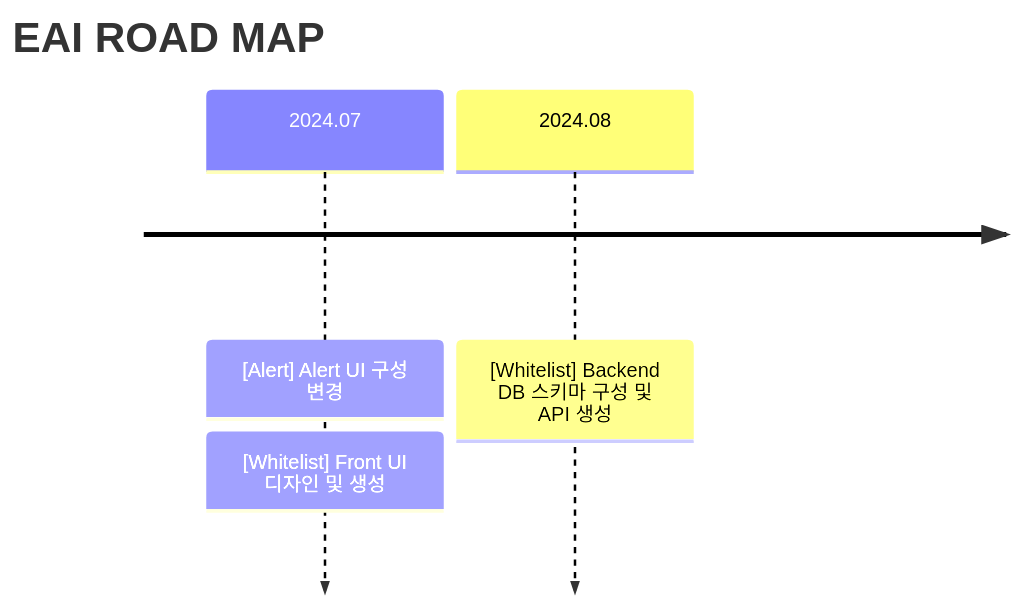
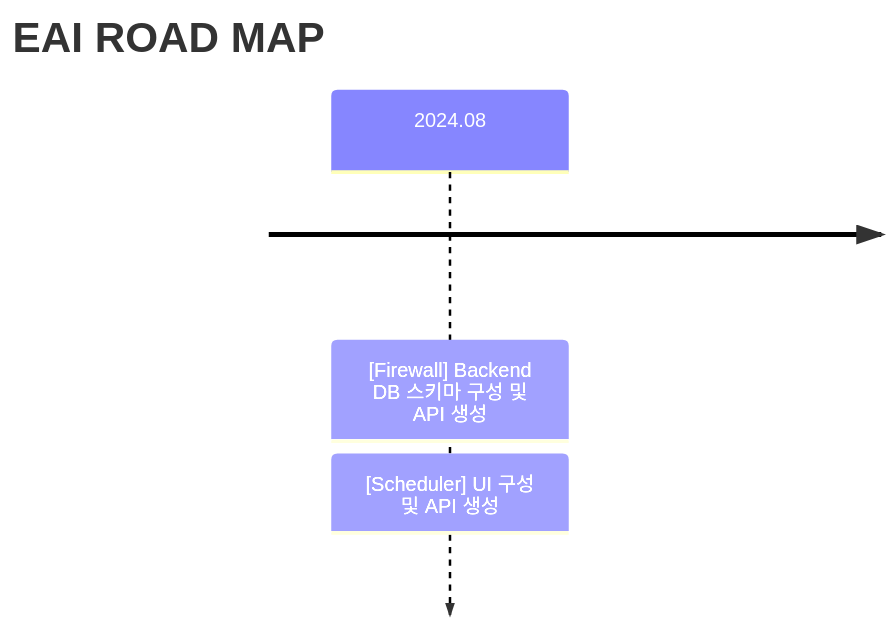
One commit to bsgp/docs changed the diagram in docs/eai/roadmap.md. Above: the diagram before and after it, drawn with Mermaid. The commit also changed 1 other file, not shown here.

Commit message:
docs: release note & roadmap update

````diff
--- a/docs/eai/roadmap.md
+++ b/docs/eai/roadmap.md
@@ -1,6 +1,5 @@
 ```mermaid
 timeline
   title EAI ROAD MAP
-  2024.07: [Alert] Alert UI 구성 변경 : [Whitelist] Front UI 디자인 및 생성 
-  2024.08: [Whitelist] Backend DB 스키마 구성 및 API 생성
+  2024.08: [Firewall] Backend DB 스키마 구성 및 API 생성 : [Scheduler] UI 구성 및 API 생성 
 ```
````
